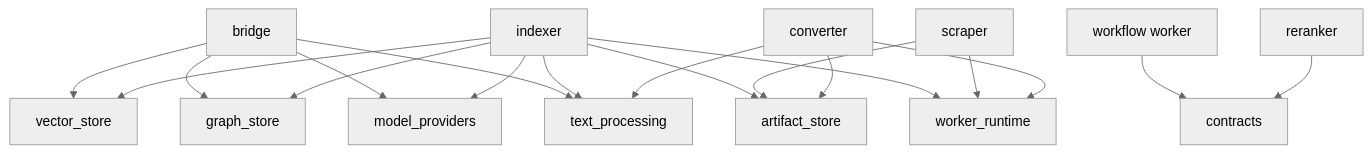
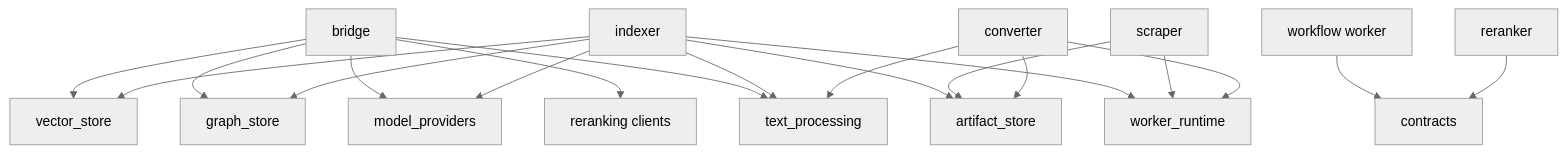
The diagram in _documentation/Reference/8_repo_map.md (hawk-digital-environments/HAWKI-RAG), drawn with Mermaid (neutral theme) before and after one commit. The commit also changed other lines of this file and 13 other files, not shown here.

````diff
--- a/_documentation/Reference/8_repo_map.md
+++ b/_documentation/Reference/8_repo_map.md
@@ -105,20 +105,21 @@
 ```mermaid
 flowchart TB
     Bridge["bridge"] --> Vector["vector_store"]
     Bridge --> Graph["graph_store"]
     Bridge --> Models["model_providers"]
+    Bridge --> Reranking["reranking clients"]
     Indexer["indexer"] --> Vector
     Indexer --> Graph
     Indexer --> Models
     Indexer --> Artifacts["artifact_store"]
     Indexer --> Runtime["worker_runtime"]
     Bridge --> Text["text_processing"]
     Indexer --> Text
     Scraper["scraper"] --> Artifacts
     Scraper --> Runtime
     Converter["converter"] --> Artifacts
     Converter --> Runtime
     Converter --> Text
     Workflow["workflow worker"] --> Contracts["contracts"]
     Reranker["reranker"] --> Contracts
 ```
````
